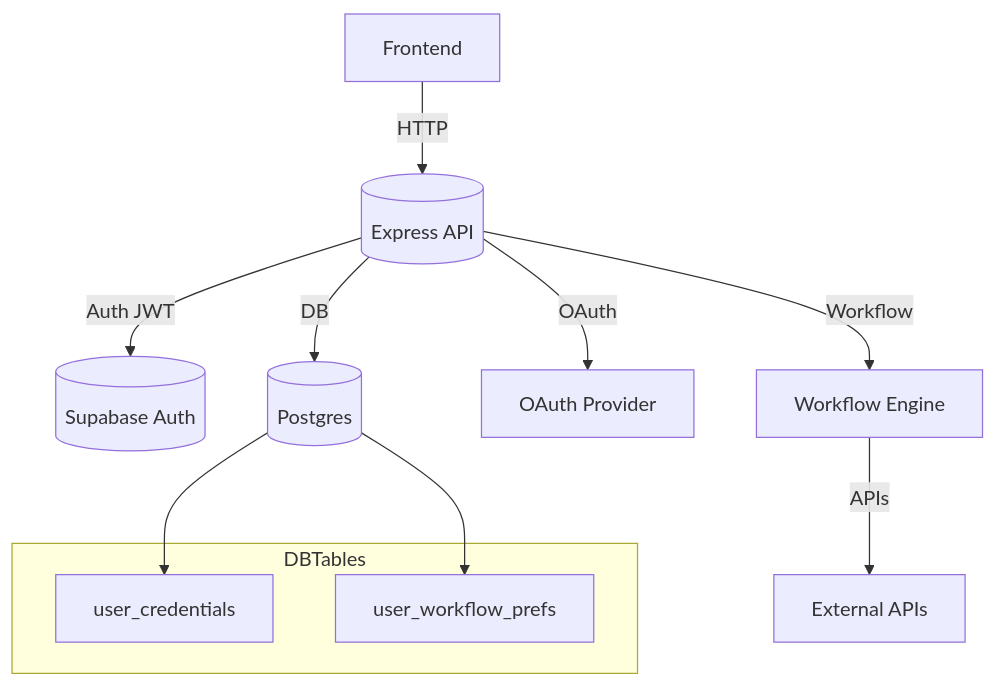
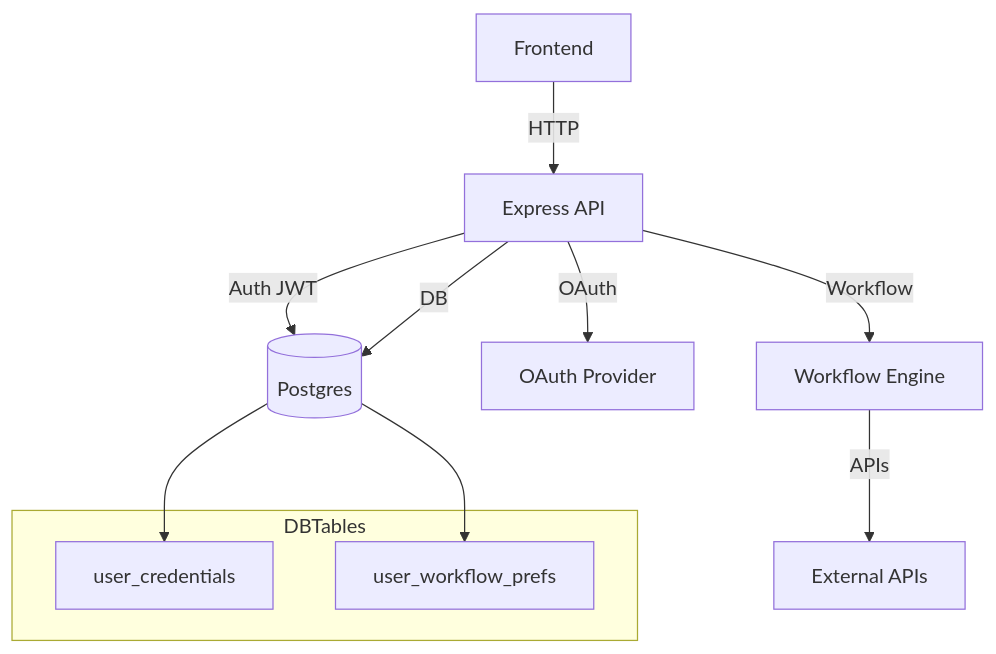
One commit to rodrigflorencia/n8n-backend-personal changed the first of 4 diagrams in README.md. Above: the diagram before and after it, drawn with Mermaid.

Commit message:
documentacion

````diff
--- a/README.md
+++ b/README.md
@@ -41,19 +41,19 @@
 ```mermaid
 
 
 flowchart TD
-    FE[Frontend] -->|HTTP| API[(Express API)]
-    API -->|Auth JWT| SUPA[(Supabase Auth)]
+    FE[Frontend] -->|HTTP| API[Express API]
+    API -->|Auth JWT| DB[(Supabase Auth)]
     API -->|DB| DB[(Postgres)]
     API -->|OAuth| OAUTH[OAuth Provider]
     API -->|Workflow| WF[Workflow Engine]
     WF -->|APIs| APIS[External APIs]
 
     subgraph DBTables
         UC[user_credentials]
         UWP[user_workflow_prefs]
     end
 
     DB --> UC
     DB --> UWP
 ```
````
